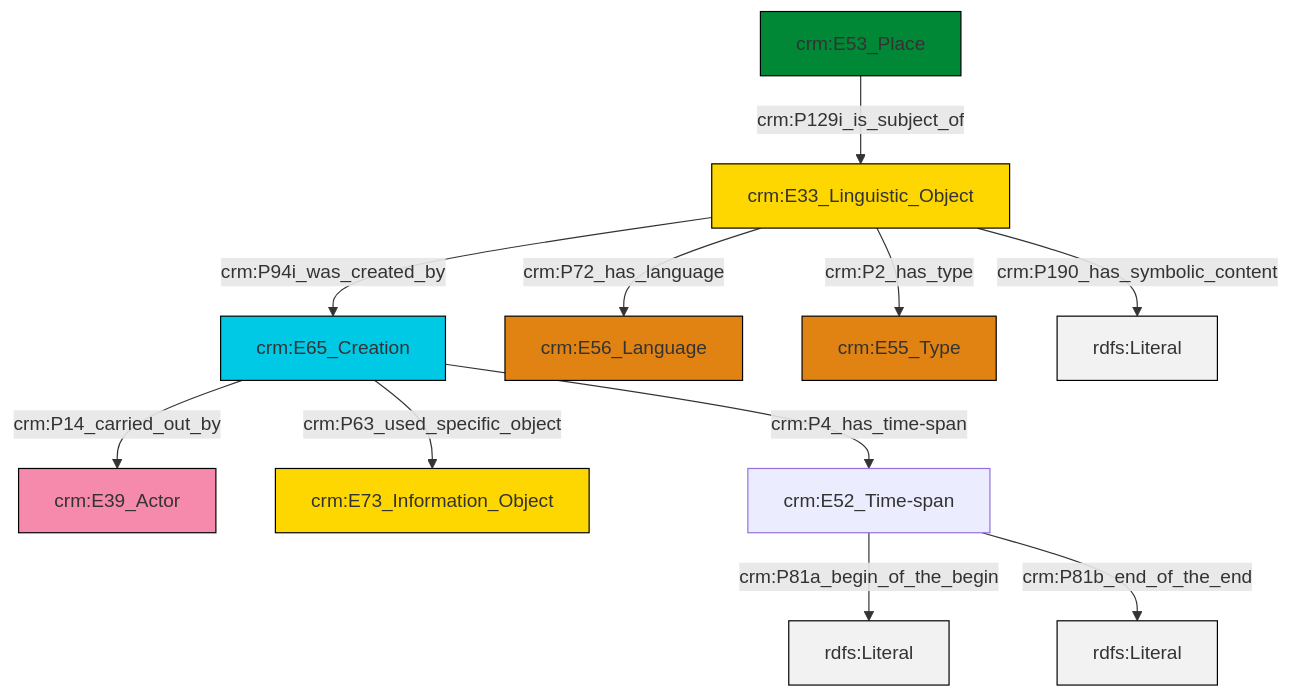
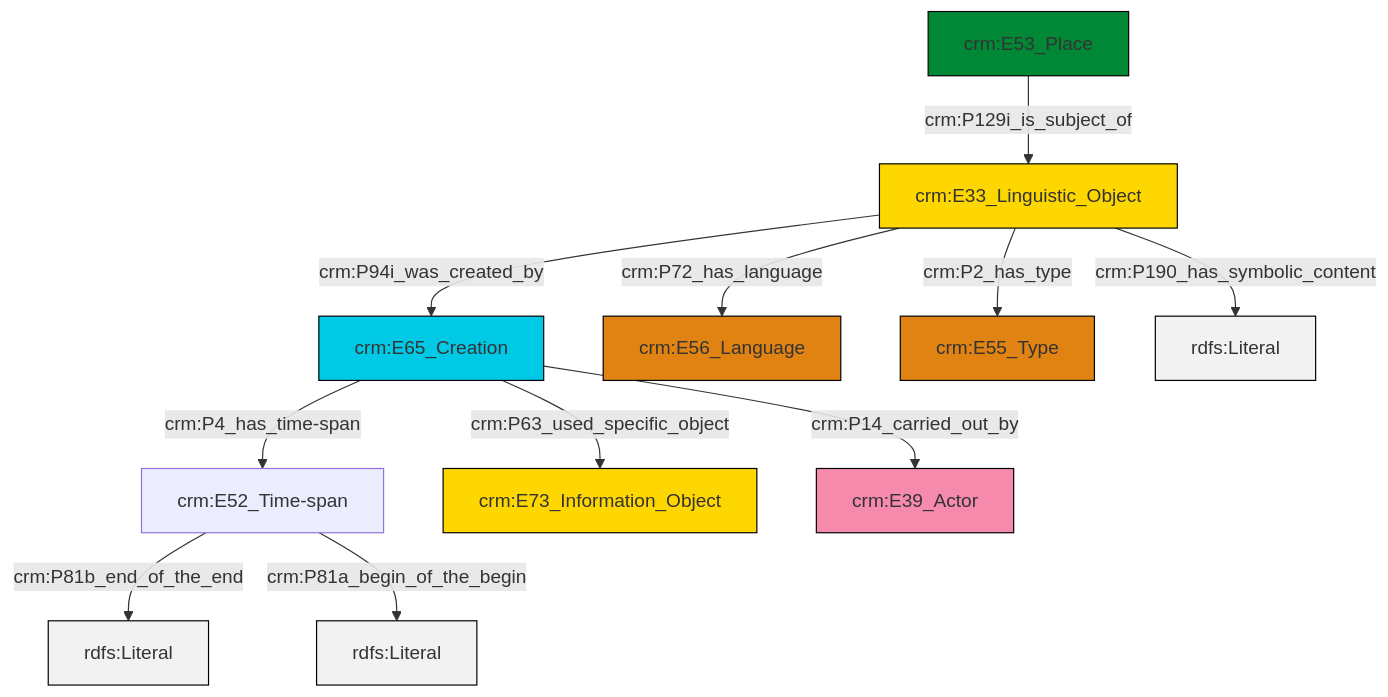
The diagram in et/placeCSV/ttl/mmd/place_description.ttl.mmd (swiss-art-research-net/docs.swissartresearch), drawn with Mermaid before and after one commit. The commit also changed 202 other files, not shown here.

```diff
--- a/et/placeCSV/ttl/mmd/place_description.ttl.mmd
+++ b/et/placeCSV/ttl/mmd/place_description.ttl.mmd
@@ -1,25 +1,25 @@
 graph TD
 classDef Literal fill:#f2f2f2,stroke:#000000;
 classDef CRM_Entity fill:#FFFFFF,stroke:#000000;
 classDef Temporal_Entity fill:#00C9E6, stroke:#000000;
 classDef Type fill:#E18312, stroke:#000000;
 classDef Time-Span fill:#2C9C91, stroke:#000000;
 classDef Appellation fill:#FFEB7F, stroke:#000000;
 classDef Place fill:#008836, stroke:#000000;
 classDef Persistent_Item fill:#B266B2, stroke:#000000;
 classDef Conceptual_Object fill:#FFD700, stroke:#000000;
 classDef Physical_Thing fill:#D2B48C, stroke:#000000;
 classDef Actor fill:#f58aad, stroke:#000000;
 classDef PC_Classes fill:#4ce600, stroke:#000000;
 classDef Multi fill:#cccccc,stroke:#000000;
 
-0["crm:E65_Creation"]:::Temporal_Entity -->|crm:P63_used_specific_object| 4["crm:E73_Information_Object"]:::Conceptual_Object
-7["crm:E53_Place"]:::Place -->|crm:P129i_is_subject_of| 8["crm:E33_Linguistic_Object"]:::Conceptual_Object
-8["crm:E33_Linguistic_Object"]:::Conceptual_Object -->|crm:P72_has_language| 9["crm:E56_Language"]:::Type
-5["crm:E52_Time-span"]:::Default -->|crm:P81a_begin_of_the_begin| 10[rdfs:Literal]:::Literal
-5["crm:E52_Time-span"]:::Default -->|crm:P81b_end_of_the_end| 11[rdfs:Literal]:::Literal
-8["crm:E33_Linguistic_Object"]:::Conceptual_Object -->|crm:P2_has_type| 14["crm:E55_Type"]:::Type
-0["crm:E65_Creation"]:::Temporal_Entity -->|crm:P14_carried_out_by| 2["crm:E39_Actor"]:::Actor
-8["crm:E33_Linguistic_Object"]:::Conceptual_Object -->|crm:P190_has_symbolic_content| 17[rdfs:Literal]:::Literal
-8["crm:E33_Linguistic_Object"]:::Conceptual_Object -->|crm:P94i_was_created_by| 0["crm:E65_Creation"]:::Temporal_Entity
-0["crm:E65_Creation"]:::Temporal_Entity -->|crm:P4_has_time-span| 5["crm:E52_Time-span"]:::Default
+2["crm:E65_Creation"]:::Temporal_Entity -->|crm:P4_has_time-span| 3["crm:E52_Time-span"]:::Default
+3["crm:E52_Time-span"]:::Default -->|crm:P81b_end_of_the_end| 9[rdfs:Literal]:::Literal
+3["crm:E52_Time-span"]:::Default -->|crm:P81a_begin_of_the_begin| 12[rdfs:Literal]:::Literal
+0["crm:E53_Place"]:::Place -->|crm:P129i_is_subject_of| 16["crm:E33_Linguistic_Object"]:::Conceptual_Object
+16["crm:E33_Linguistic_Object"]:::Conceptual_Object -->|crm:P2_has_type| 7["crm:E55_Type"]:::Type
+16["crm:E33_Linguistic_Object"]:::Conceptual_Object -->|crm:P94i_was_created_by| 2["crm:E65_Creation"]:::Temporal_Entity
+16["crm:E33_Linguistic_Object"]:::Conceptual_Object -->|crm:P190_has_symbolic_content| 17[rdfs:Literal]:::Literal
+16["crm:E33_Linguistic_Object"]:::Conceptual_Object -->|crm:P72_has_language| 4["crm:E56_Language"]:::Type
+2["crm:E65_Creation"]:::Temporal_Entity -->|crm:P14_carried_out_by| 14["crm:E39_Actor"]:::Actor
+2["crm:E65_Creation"]:::Temporal_Entity -->|crm:P63_used_specific_object| 10["crm:E73_Information_Object"]:::Conceptual_Object
```
